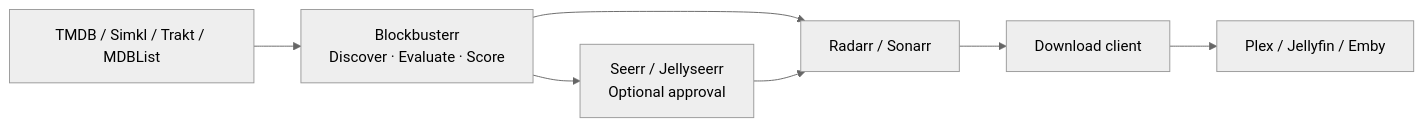
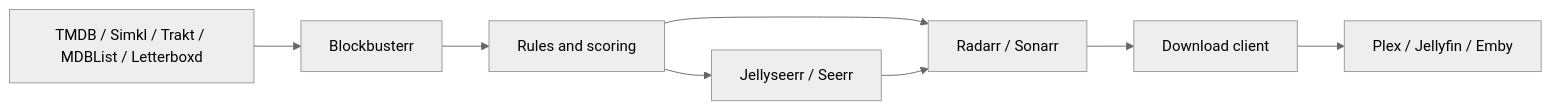
Before and after one commit to Mahcks/blockbusterr: the diagram in README.md, drawn with Mermaid (neutral theme). The commit also changed other lines of this file and 10 other files, not shown here.

````diff
--- a/README.md
+++ b/README.md
@@ -21,9 +21,10 @@
 ```mermaid
 flowchart LR
-    A[TMDB / Simkl / Trakt / MDBList] --> B[Blockbusterr<br/>Discover · Evaluate · Score]
-    B --> C[Radarr / Sonarr]
-    B --> D[Seerr / Jellyseerr<br/>Optional approval]
-    D --> C
-    C --> E[Download client]
-    E --> F[Plex / Jellyfin / Emby]
+    A[TMDB / Simkl / Trakt / MDBList / Letterboxd] --> B[Blockbusterr]
+    B --> C[Rules and scoring]
+    C --> D[Radarr / Sonarr]
+    C --> E[Jellyseerr / Seerr]
+    E --> D
+    D --> F[Download client]
+    F --> G[Plex / Jellyfin / Emby]
 ```
````
